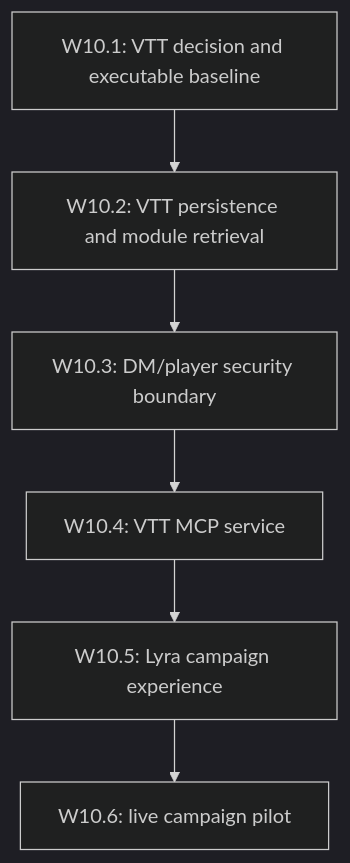
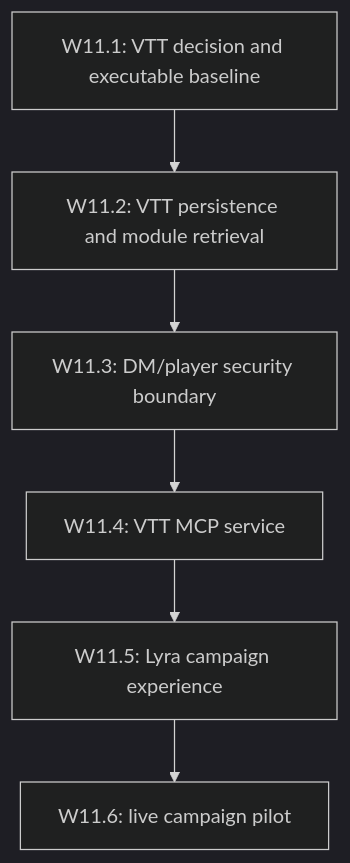
One commit to ChrisHartline/Lyra changed diagram 11 of 11 in docs/lyra_build_plan.md. Above: the diagram before and after it, drawn with Mermaid (dark theme). The commit also changed other lines of this file and 2 other files, not shown here.

Commit message:
Roadmap: add personality and embodiment wave

````diff
--- a/docs/lyra_build_plan.md
+++ b/docs/lyra_build_plan.md
@@ -416,14 +469,14 @@
 ```mermaid
 graph TD
-    W101[W10.1: VTT decision and executable baseline]
-    W102[W10.2: VTT persistence and module retrieval]
-    W103[W10.3: DM/player security boundary]
-    W104[W10.4: VTT MCP service]
-    W105[W10.5: Lyra campaign experience]
-    W106[W10.6: live campaign pilot]
-    W101 --> W102
-    W102 --> W103
-    W103 --> W104
-    W104 --> W105
-    W105 --> W106
+    W111[W11.1: VTT decision and executable baseline]
+    W112[W11.2: VTT persistence and module retrieval]
+    W113[W11.3: DM/player security boundary]
+    W114[W11.4: VTT MCP service]
+    W115[W11.5: Lyra campaign experience]
+    W116[W11.6: live campaign pilot]
+    W111 --> W112
+    W112 --> W113
+    W113 --> W114
+    W114 --> W115
+    W115 --> W116
 ```
````
